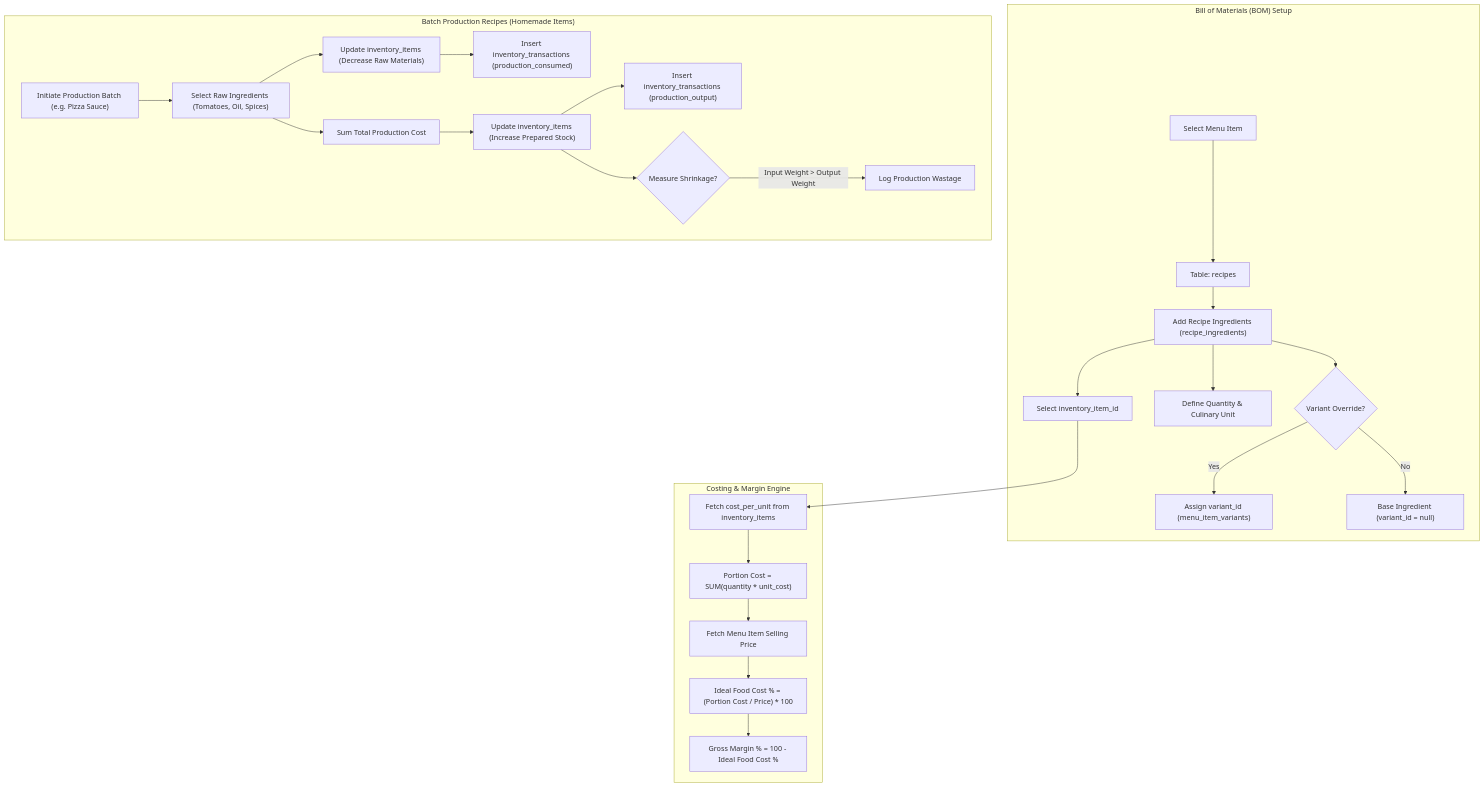
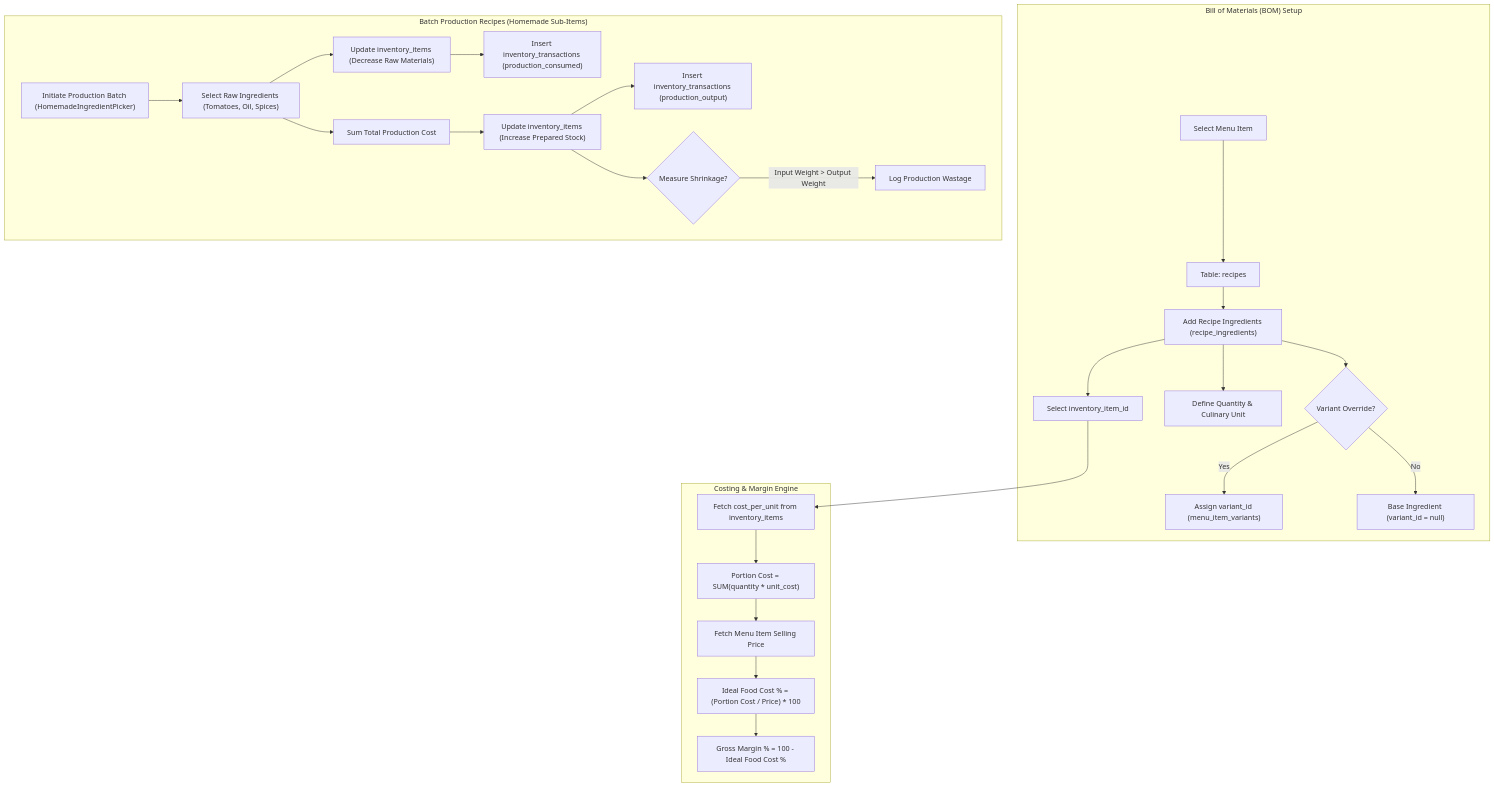
The seventh of 13 diagrams in docs/OPERATIONS_WORKFLOW_AND_INTEGRATION_GUIDE.md (sudipjangam/tasty-bite-harbor), drawn with Mermaid before and after one commit. The commit also changed other lines of this file and 4 other files, not shown here.

````diff
--- a/docs/OPERATIONS_WORKFLOW_AND_INTEGRATION_GUIDE.md
+++ b/docs/OPERATIONS_WORKFLOW_AND_INTEGRATION_GUIDE.md
@@ -433,33 +482,33 @@
 ```mermaid
 flowchart TD
     subgraph Recipe_Authoring ["Bill of Materials (BOM) Setup"]
         MENU_ITEM["Select Menu Item"] --> RECIPE["Table: recipes"]
         RECIPE --> ING_LIST["Add Recipe Ingredients (recipe_ingredients)"]
         ING_LIST --> RAW_ITEM["Select inventory_item_id"]
         ING_LIST --> QTY["Define Quantity & Culinary Unit"]
         ING_LIST --> VAR_OVERRIDE{"Variant Override?"}
         VAR_OVERRIDE -->|Yes| LINK_VAR["Assign variant_id (menu_item_variants)"]
         VAR_OVERRIDE -->|No| BASE_ING["Base Ingredient (variant_id = null)"]
     end
 
     subgraph Cost_Analytics ["Costing & Margin Engine"]
         RAW_ITEM --> FETCH_COST["Fetch cost_per_unit from inventory_items"]
         FETCH_COST --> PORTION_COST["Portion Cost = SUM(quantity * unit_cost)"]
         PORTION_COST --> SELLING_PRICE["Fetch Menu Item Selling Price"]
         SELLING_PRICE --> FOOD_COST_PCT["Ideal Food Cost % = (Portion Cost / Price) * 100"]
         FOOD_COST_PCT --> GROSS_MARGIN["Gross Margin % = 100 - Ideal Food Cost %"]
     end
 
-    subgraph Batch_Production ["Batch Production Recipes (Homemade Items)"]
-        PROD_START["Initiate Production Batch (e.g. Pizza Sauce)"] --> PICK_INPUTS["Select Raw Ingredients (Tomatoes, Oil, Spices)"]
+    subgraph Batch_Production ["Batch Production Recipes (Homemade Sub-Items)"]
+        PROD_START["Initiate Production Batch (HomemadeIngredientPicker)"] --> PICK_INPUTS["Select Raw Ingredients (Tomatoes, Oil, Spices)"]
         PICK_INPUTS --> DEDUCT_RAW["Update inventory_items (Decrease Raw Materials)"]
         DEDUCT_RAW --> LOG_CONSUMED["Insert inventory_transactions (production_consumed)"]
-        
+      
         PICK_INPUTS --> CALC_BATCH_COST["Sum Total Production Cost"]
         CALC_BATCH_COST --> CREDIT_OUTPUT["Update inventory_items (Increase Prepared Stock)"]
         CREDIT_OUTPUT --> LOG_OUTPUT["Insert inventory_transactions (production_output)"]
-        
+      
         CREDIT_OUTPUT --> SHRINKAGE{"Measure Shrinkage?"}
         SHRINKAGE -->|Input Weight > Output Weight| LOG_SHRINK["Log Production Wastage"]
     end
 ```
````
